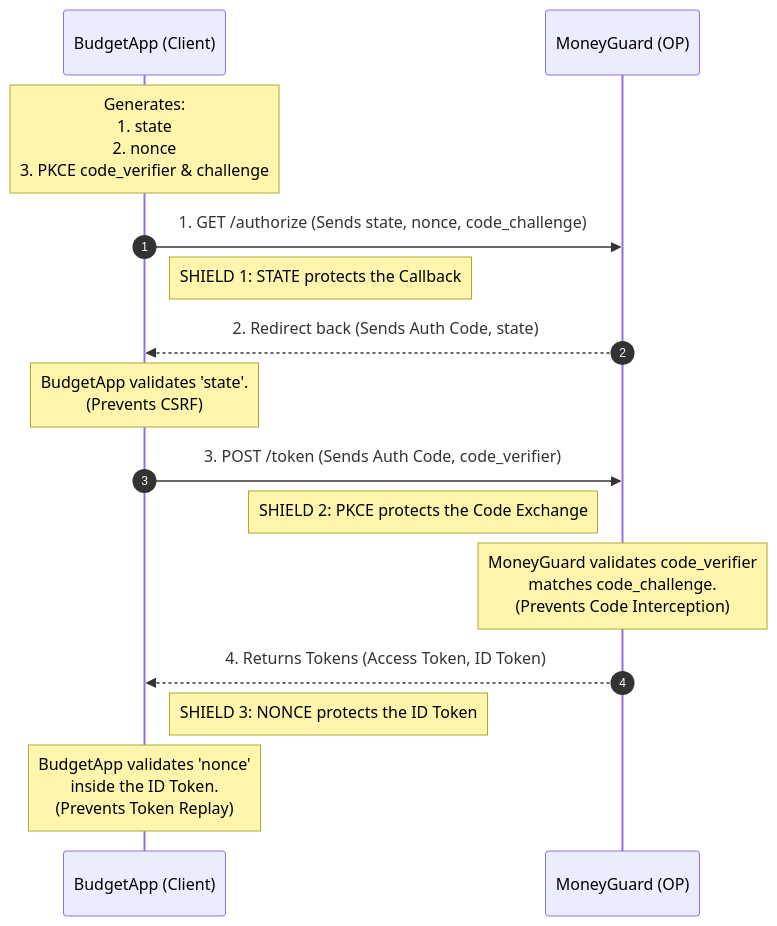
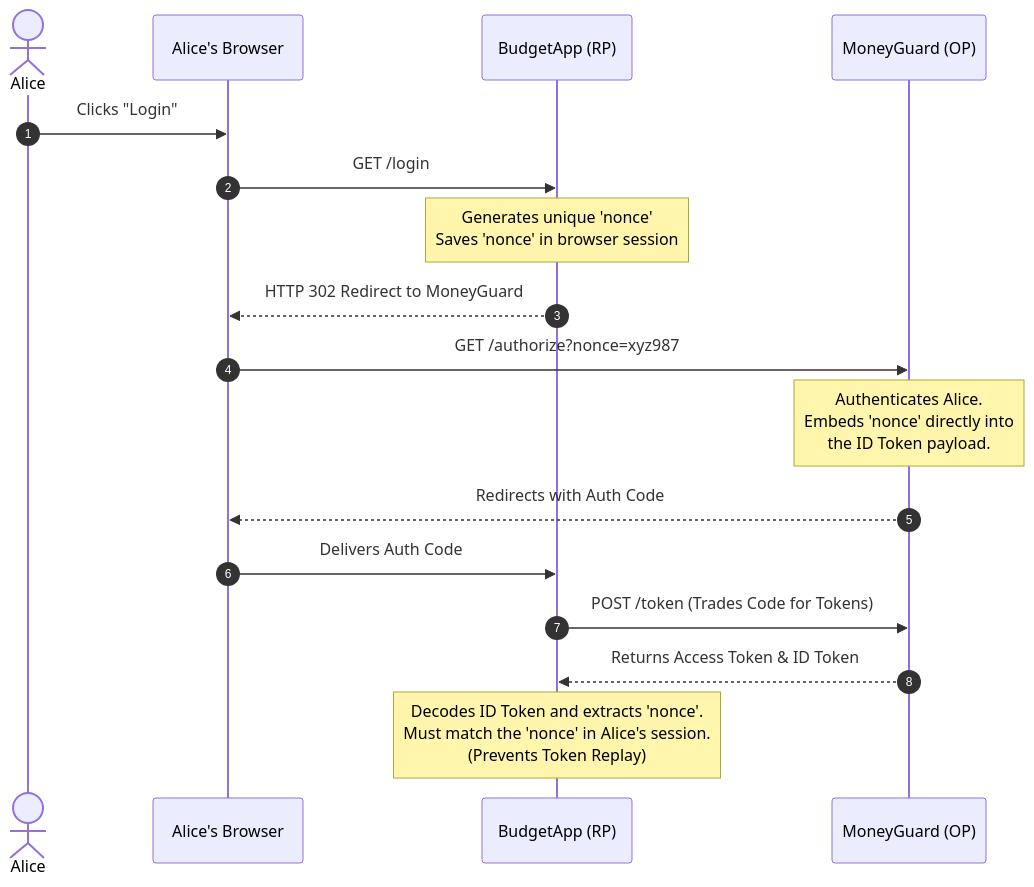
The second of 3 diagrams in 02_AuthN_Federation/06_state_vs_nonce_vs_pkce.md (nirajp82/IdentityAccessManagement_IAM), drawn with Mermaid before and after one commit. The commit also changed other lines of this file, not shown here.

````diff
--- a/02_AuthN_Federation/06_state_vs_nonce_vs_pkce.md
+++ b/02_AuthN_Federation/06_state_vs_nonce_vs_pkce.md
@@ -74,24 +70,27 @@
 ```mermaid
 sequenceDiagram
     autonumber
-    participant App as BudgetApp (Client)
-    participant Auth as MoneyGuard (OP)
+    actor Alice
+    participant Browser as Alice's Browser
+    participant BudgetApp as BudgetApp (RP)
+    participant MoneyGuard as MoneyGuard (OP)
 
-    Note over App: Generates: <br/>1. state<br/>2. nonce<br/>3. PKCE code_verifier & challenge
+    Alice->>Browser: Clicks "Login"
+    Browser->>BudgetApp: GET /login
     
-    App->>Auth: 1. GET /authorize (Sends state, nonce, code_challenge)
+    Note over BudgetApp: Generates unique 'nonce'<br/>Saves 'nonce' in browser session
     
-    Note right of App: SHIELD 1: STATE protects the Callback
-    Auth-->>App: 2. Redirect back (Sends Auth Code, state)
-    Note over App: BudgetApp validates 'state'.<br/>(Prevents CSRF)
-
-    App->>Auth: 3. POST /token (Sends Auth Code, code_verifier)
-    Note left of Auth: SHIELD 2: PKCE protects the Code Exchange
-    Note over Auth: MoneyGuard validates code_verifier <br/>matches code_challenge.<br/>(Prevents Code Interception)
-
-    Auth-->>App: 4. Returns Tokens (Access Token, ID Token)
+    BudgetApp-->>Browser: HTTP 302 Redirect to MoneyGuard
+    Browser->>MoneyGuard: GET /authorize?nonce=xyz987
     
-    Note right of App: SHIELD 3: NONCE protects the ID Token
-    Note over App: BudgetApp validates 'nonce' <br/>inside the ID Token.<br/>(Prevents Token Replay)
+    Note over MoneyGuard: Authenticates Alice.<br/>Embeds 'nonce' directly into<br/>the ID Token payload.
+    
+    MoneyGuard-->>Browser: Redirects with Auth Code
+    Browser->>BudgetApp: Delivers Auth Code
+    
+    BudgetApp->>MoneyGuard: POST /token (Trades Code for Tokens)
+    MoneyGuard-->>BudgetApp: Returns Access Token & ID Token
+    
+    Note over BudgetApp: Decodes ID Token and extracts 'nonce'.<br/>Must match the 'nonce' in Alice's session.<br/>(Prevents Token Replay)
 
 ```
````
